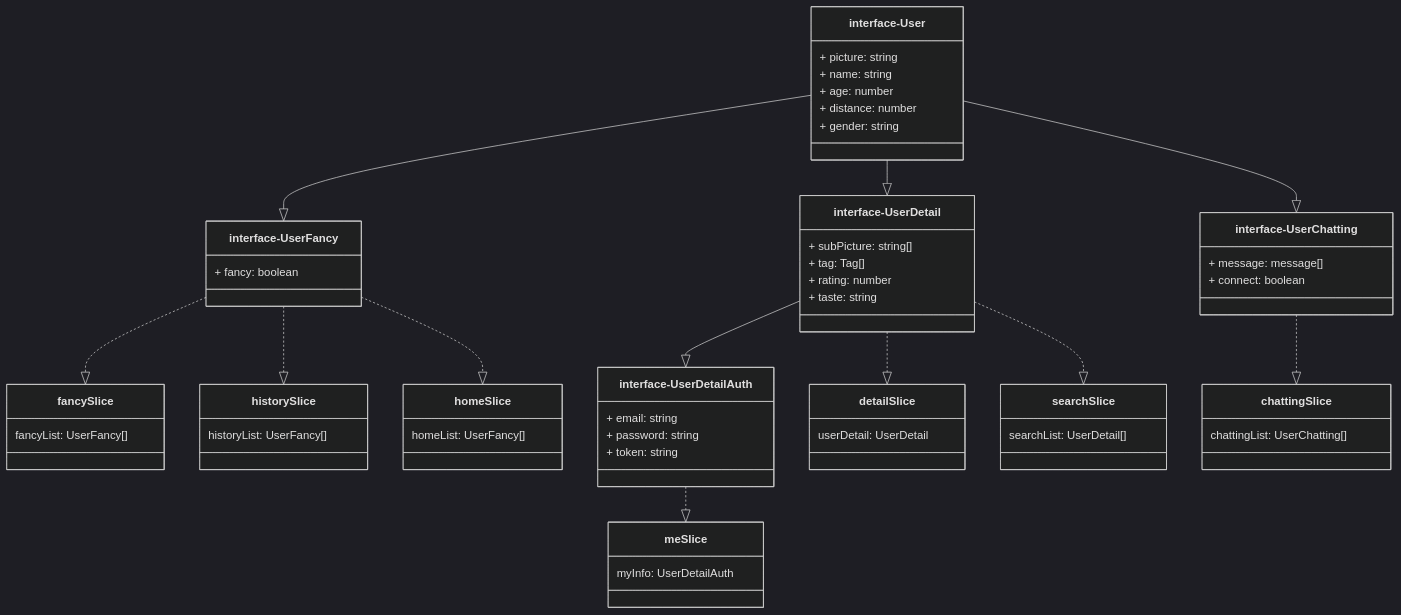
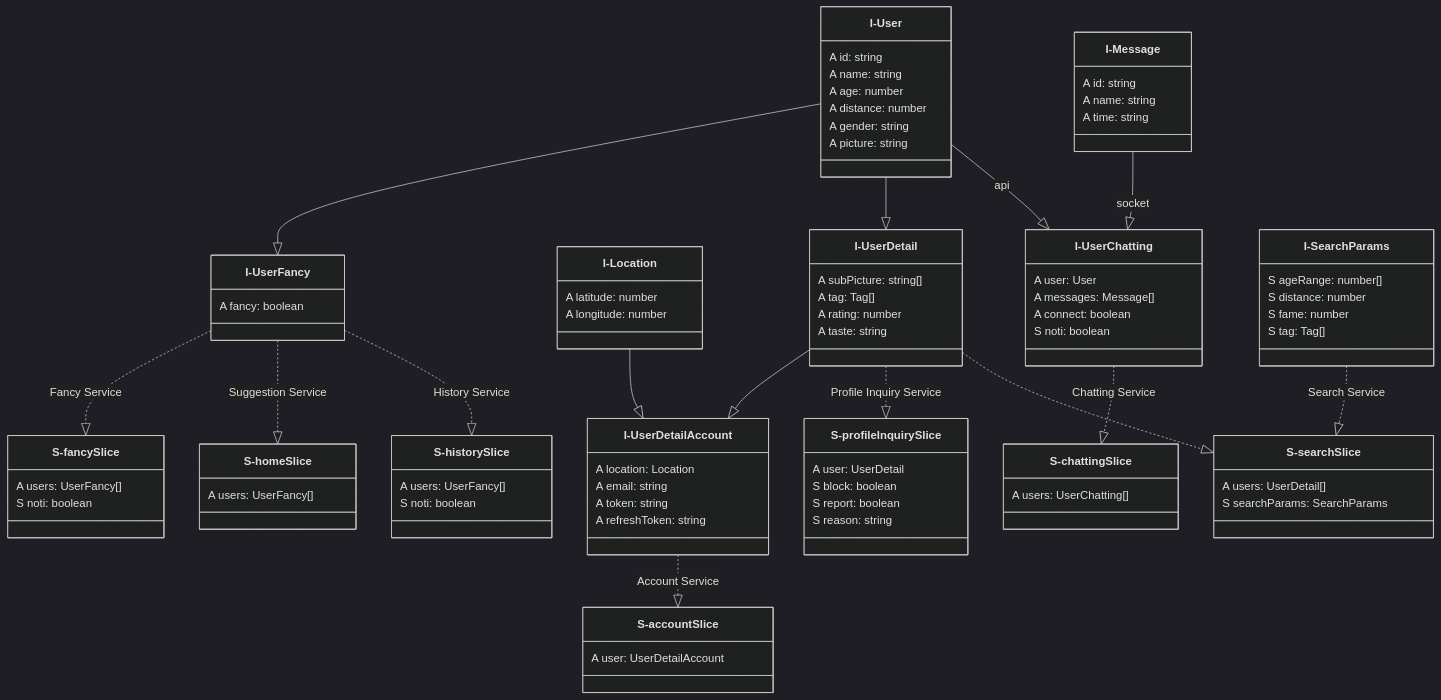
One commit to 42Seoul-Tea42/frontend changed the first of 2 diagrams in app/redux/README.md. Above: the diagram before and after it, drawn with Mermaid (dark theme). The commit also changed other lines of this file, not shown here.

Commit message:
docs 리덕스 설계 및 사용법 정리
- 회원가입 & 최초접속 상태 관리 추가

````diff
--- a/app/redux/README.md
+++ b/app/redux/README.md
@@ -7,80 +37,109 @@
 
 classDiagram
 
-interface-User --|> interface-UserFancy
+I-User --|> I-UserFancy
 
-interface-User --|> interface-UserDetail
-interface-User --|> interface-UserChatting
+I-Location --|> I-UserDetailAccount
+I-User --|> I-UserDetail
+I-User --|> I-UserChatting : api
+I-Message --|> I-UserChatting : socket
+I-UserDetail --|> I-UserDetailAccount
 
-interface-UserDetail --|> interface-UserDetailAuth
+I-UserFancy ..|> S-fancySlice : Fancy Service
+I-UserFancy ..|> S-homeSlice : Suggestion Service
+I-UserFancy ..|> S-historySlice : History Service
+I-UserChatting ..|> S-chattingSlice: Chatting Service
+I-UserDetailAccount ..|> S-accountSlice : Account Service
 
-interface-UserFancy ..|> fancySlice
-interface-UserFancy ..|> historySlice
-interface-UserFancy ..|> homeSlice
+I-UserDetail ..|> S-profileInquirySlice : Profile Inquiry Service
+I-SearchParams ..|> S-searchSlice : Search Service
+I-UserDetail ..|> S-searchSlice
 
-interface-UserChatting ..|> chattingSlice
 
-interface-UserDetail ..|> detailSlice
-interface-UserDetail ..|> searchSlice
-
-interface-UserDetailAuth ..|> meSlice
-
-class interface-User {
-   + picture: string
-   + name: string
-   + age: number
-   + distance: number
-   + gender: string
+class I-User {
+   A id: string
+   A name: string
+   A age: number
+   A distance: number
+   A gender: string
+   A picture: string
 }
 
-class interface-UserFancy {
-   + fancy: boolean
+class I-UserFancy {
+   A fancy: boolean
 }
 
-class interface-UserChatting {
-    + message: message[]
-    + connect: boolean
+class I-Message {
+    A id: string
+    A name: string
+    A time: string
 }
 
-class interface-UserDetail {
-   + subPicture: string[]
-   + tag: Tag[]
-   + rating: number
-   + taste: string
+class I-UserChatting {
+    A user: User
+    A messages: Message[]
+    A connect: boolean
+    S noti: boolean
 }
 
-class interface-UserDetailAuth {
-    + email: string
-    + password: string
-    + token: string
+class I-UserDetail {
+   A subPicture: string[]
+   A tag: Tag[]
+   A rating: number
+   A taste: string
 }
 
-class homeSlice {
-    homeList: UserFancy[]
+class I-Location {
+    A latitude: number
+    A longitude: number
 }
 
-class fancySlice {
-    fancyList: UserFancy[]
+class I-UserDetailAccount {
+    A location: Location
+    A email: string
+    A token: string
+    A refreshToken: string
 }
 
-class historySlice {
-    historyList: UserFancy[]
+class I-SearchParams {
+    S ageRange: number[]
+    S distance: number
+    S fame: number
+    S tag: Tag[]
 }
 
-class chattingSlice {
-    chattingList: UserChatting[]
+class S-homeSlice {
+    A users: UserFancy[]
 }
 
-class detailSlice {
-    userDetail: UserDetail
+class S-fancySlice {
+    A users: UserFancy[]
+    S noti: boolean
 }
 
-class meSlice {
-    myInfo: UserDetailAuth
+class S-historySlice {
+    A users: UserFancy[]
+    S noti: boolean
 }
 
-class searchSlice {
-    searchList: UserDetail[]
+class S-chattingSlice {
+    A users: UserChatting[]
+}
+
+class S-profileInquirySlice {
+    A user: UserDetail
+    S block: boolean
+    S report: boolean
+    S reason: string
+}
+
+class S-accountSlice {
+    A user: UserDetailAccount
+}
+
+class S-searchSlice {
+    A users: UserDetail[]
+    S searchParams: SearchParams
 }
 
 ```
````
